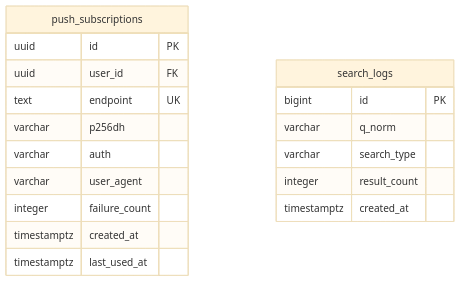
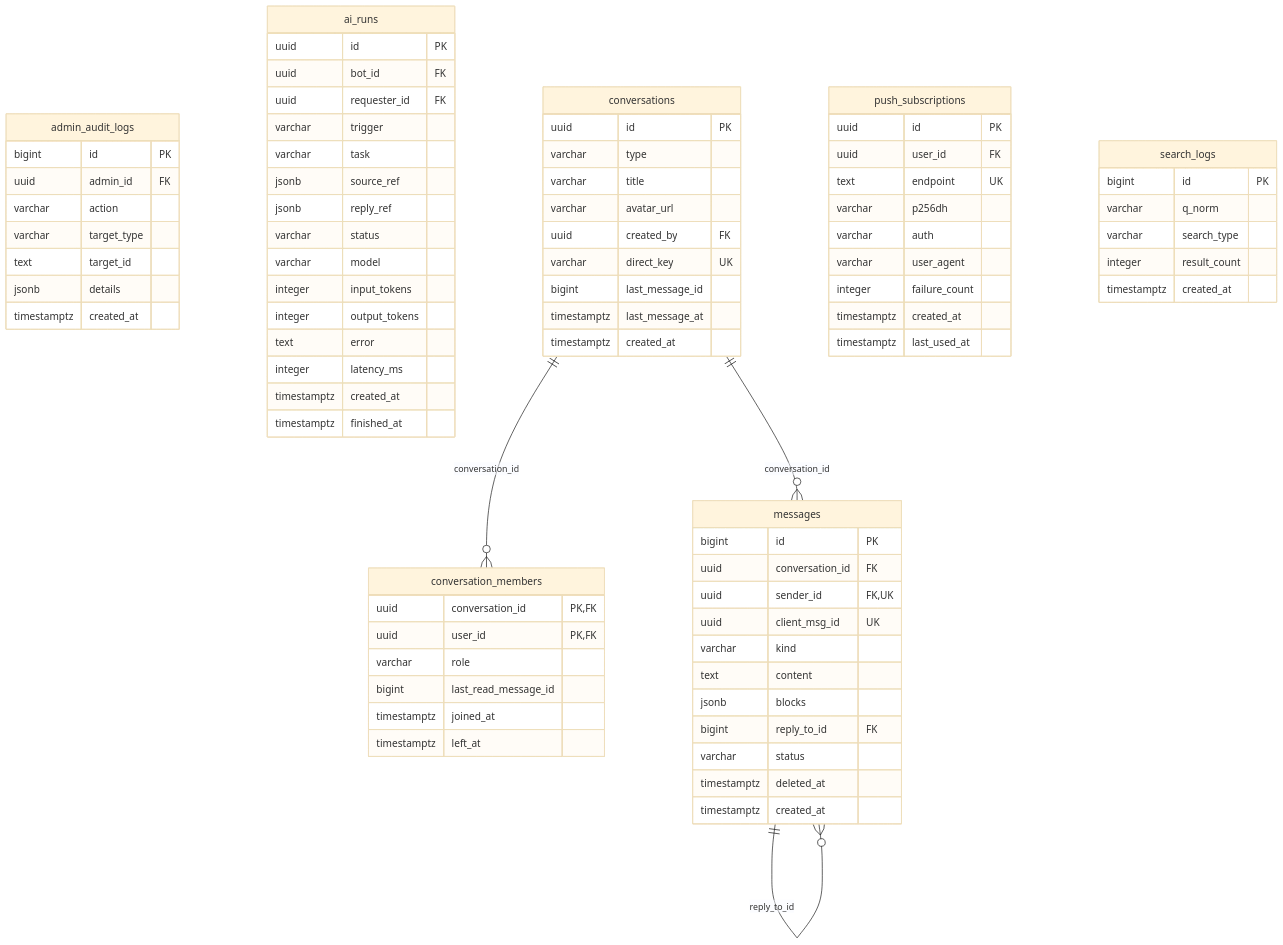
One commit to nhatcoi/pu-connect changed the sixth of 6 diagrams in docs/diagrams/04-erd.md. Above: the diagram before and after it, drawn with Mermaid (base theme). The commit also changed other lines of this file and 8 other files, not shown here.

Commit message:
docs: course hub, admin, messaging and AI, diagrams and ERD

````diff
--- a/docs/diagrams/04-erd.md
+++ b/docs/diagrams/04-erd.md
@@ -385,21 +404,82 @@
 ```mermaid
 erDiagram
+  admin_audit_logs {
+    bigint id PK
+    uuid admin_id FK
+    varchar action
+    varchar target_type
+    text target_id
+    jsonb details
+    timestamptz created_at
+  }
+  ai_runs {
+    uuid id PK
+    uuid bot_id FK
+    uuid requester_id FK
+    varchar trigger
+    varchar task
+    jsonb source_ref
+    jsonb reply_ref
+    varchar status
+    varchar model
+    integer input_tokens
+    integer output_tokens
+    text error
+    integer latency_ms
+    timestamptz created_at
+    timestamptz finished_at
+  }
+  conversation_members {
+    uuid conversation_id PK,FK
+    uuid user_id PK,FK
+    varchar role
+    bigint last_read_message_id
+    timestamptz joined_at
+    timestamptz left_at
+  }
+  conversations {
+    uuid id PK
+    varchar type
+    varchar title
+    varchar avatar_url
+    uuid created_by FK
+    varchar direct_key UK
+    bigint last_message_id
+    timestamptz last_message_at
+    timestamptz created_at
+  }
+  messages {
+    bigint id PK
+    uuid conversation_id FK
+    uuid sender_id FK,UK
+    uuid client_msg_id UK
+    varchar kind
+    text content
+    jsonb blocks
+    bigint reply_to_id FK
+    varchar status
+    timestamptz deleted_at
+    timestamptz created_at
+  }
   push_subscriptions {
     uuid id PK
     uuid user_id FK
     text endpoint UK
     varchar p256dh
     varchar auth
     varchar user_agent
     integer failure_count
     timestamptz created_at
     timestamptz last_used_at
   }
   search_logs {
     bigint id PK
     varchar q_norm
     varchar search_type
     integer result_count
     timestamptz created_at
   }
+  conversations ||--o{ conversation_members : "conversation_id"
+  conversations ||--o{ messages : "conversation_id"
+  messages ||--o{ messages : "reply_to_id"
 ```
````
